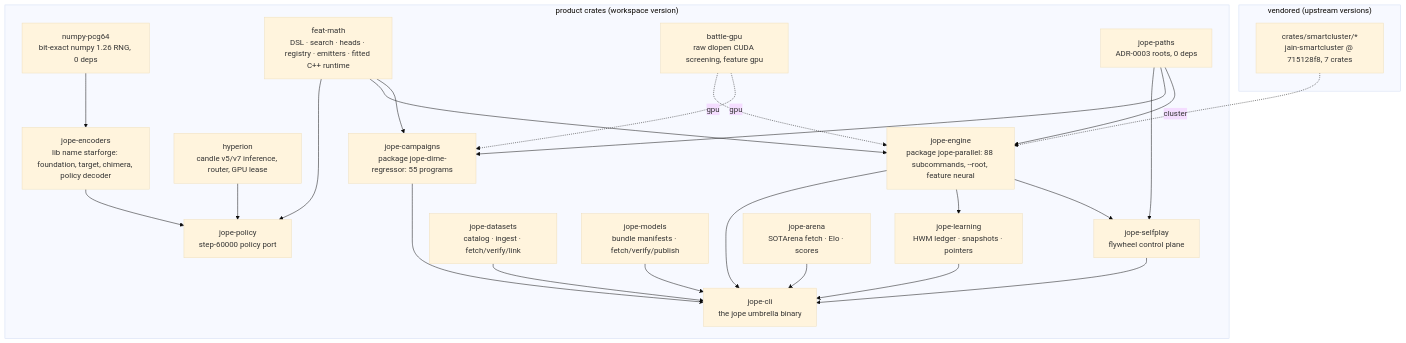
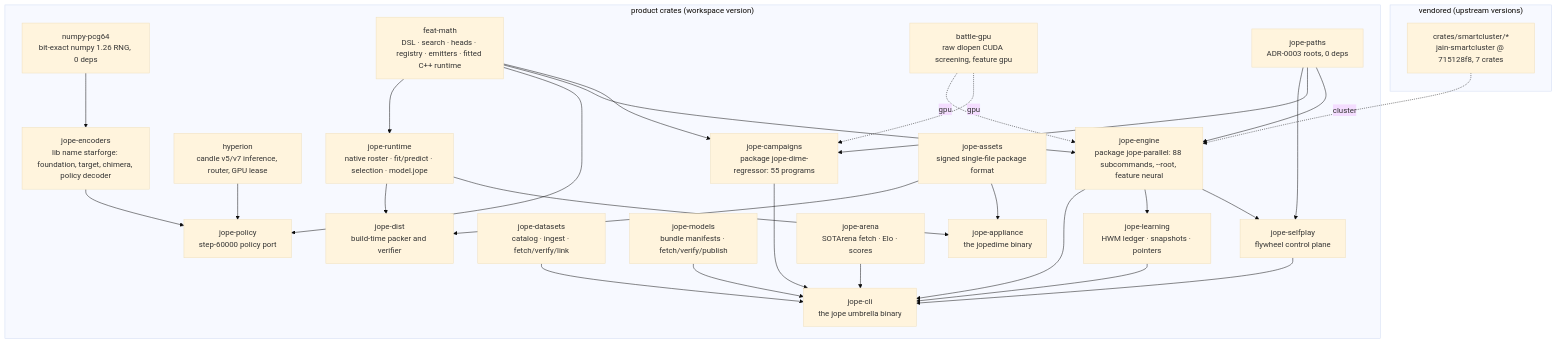
One commit to neverhuman/JopeDime changed the second of 2 diagrams in docs/architecture.md. Above: the diagram before and after it, drawn with Mermaid (base theme). The commit also changed other lines of this file and 99 other files, not shown here.

First line of the commit message:
appliance: signed single-file jopedime (combines #390 with its CPU implementation) (#394)

````diff
--- a/docs/architecture.md
+++ b/docs/architecture.md
@@ -39,44 +39,53 @@
 ```mermaid
 flowchart TB
   subgraph product["product crates (workspace version)"]
     numpy[numpy-pcg64<br/>bit-exact numpy 1.26 RNG, 0 deps]
     fm[feat-math<br/>DSL · search · heads · registry · emitters · fitted C++ runtime]
     bg[battle-gpu<br/>raw dlopen CUDA screening, feature gpu]
     enc[jope-encoders<br/>lib name starforge: foundation, target, chimera, policy decoder]
     hyp[hyperion<br/>candle v5/v7 inference, router, GPU lease]
     pol[jope-policy<br/>step-60000 policy port]
     eng[jope-engine<br/>package jope-parallel: 88 subcommands, --root, feature neural]
     camp[jope-campaigns<br/>package jope-dime-regressor: 55 programs]
     self[jope-selfplay<br/>flywheel control plane]
     paths[jope-paths<br/>ADR-0003 roots, 0 deps]
     data[jope-datasets<br/>catalog · ingest · fetch/verify/link]
     models[jope-models<br/>bundle manifests · fetch/verify/publish]
     learn[jope-learning<br/>HWM ledger · snapshots · pointers]
     arena[jope-arena<br/>SOTArena fetch · Elo · scores]
     cli[jope-cli<br/>the jope umbrella binary]
+    rt[jope-runtime<br/>native roster · fit/predict · selection · model.jope]
+    assets[jope-assets<br/>signed single-file package format]
+    app[jope-appliance<br/>the jopedime binary]
+    dist[jope-dist<br/>build-time packer and verifier]
   end
   subgraph vendored["vendored (upstream versions)"]
     sc[crates/smartcluster/*<br/>jain-smartcluster @ 715128f8, 7 crates]
   end
   fm --> camp
   fm --> eng
   bg -.gpu.-> camp
   bg -.gpu.-> eng
   numpy --> enc
   enc --> pol
   hyp --> pol
   fm --> pol
   paths --> eng
   paths --> camp
   paths --> self
   sc -.cluster.-> eng
   eng --> self
   eng --> learn
   data --> cli
   models --> cli
   learn --> cli
   arena --> cli
   eng --> cli
   camp --> cli
   self --> cli
+  fm --> rt
+  rt --> app
+  assets --> app
+  rt --> dist
+  assets --> dist
 ```
````
